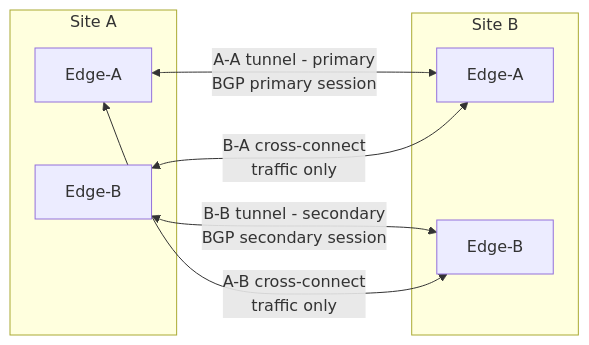
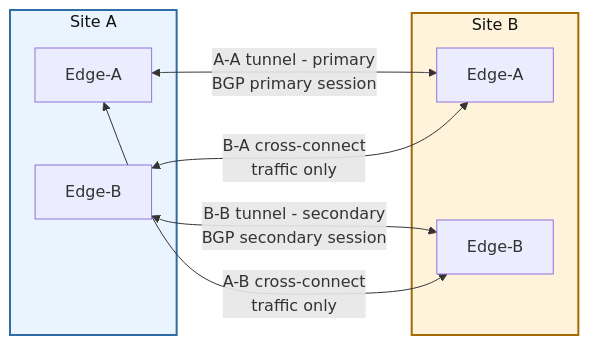
Before and after one commit to pancakesaregood/distributed-dc: the third of 5 diagrams in network-spanned-dc/docs/03_diagrams/wan_transport.mmd.md, drawn with Mermaid. The commit also changed other lines of this file and 11 other files, not shown here.

Commit message:
diagram beautification

````diff
--- a/network-spanned-dc/docs/03_diagrams/wan_transport.mmd.md
+++ b/network-spanned-dc/docs/03_diagrams/wan_transport.mmd.md
@@ -65,18 +70,21 @@
 ```mermaid
 graph LR
 
   subgraph SA[Site A]
     SAA["Edge-A"]
     SAB["Edge-B"]
   end
 
   subgraph SB[Site B]
     SBA["Edge-A"]
     SBB["Edge-B"]
   end
 
   SAA <-->|"A-A tunnel - primary<br/>BGP primary session"| SBA
   SAB <-->|"B-B tunnel - secondary<br/>BGP secondary session"| SBB
   SAA <-->|"A-B cross-connect<br/>traffic only"| SBB
   SAB <-->|"B-A cross-connect<br/>traffic only"| SBA
+
+  style SA fill:#EAF4FF,stroke:#2E6DA4,stroke-width:2px,color:#111111
+  style SB fill:#FFF4DB,stroke:#A56A00,stroke-width:2px,color:#111111
 ```
````
